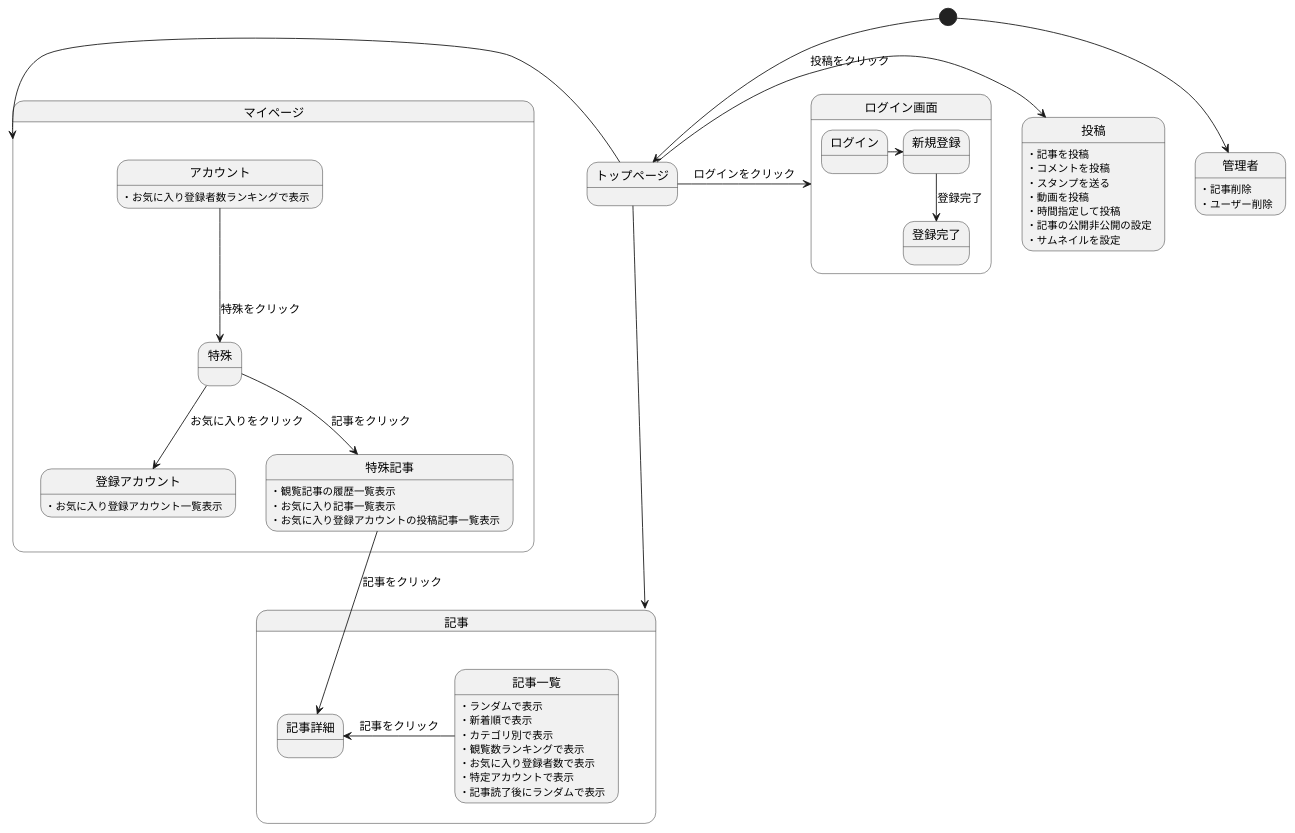
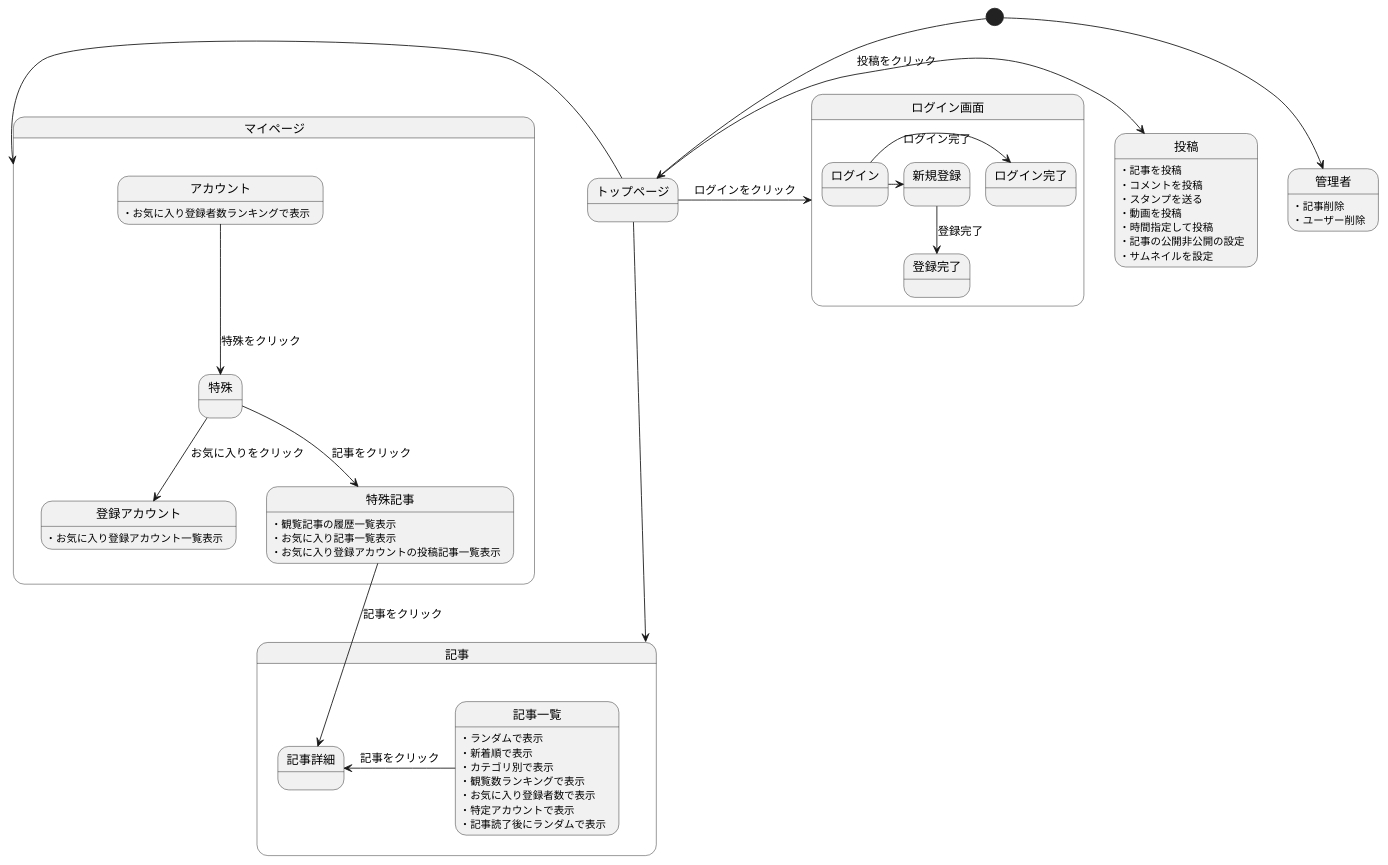
The diagram in 後期画面遷移.md (Aso2001001/2022System), drawn with PlantUML before and after one commit.

````diff
--- a/後期画面遷移.md
+++ b/後期画面遷移.md
@@ -1,64 +1,64 @@
 ```uml
 @startuml
 [*] --> トップページ
 
 
 トップページ -down-> 記事
 トップページ -left-> マイページ
 トップページ -> 投稿 : 投稿をクリック
 投稿:・記事を投稿
 投稿:・コメントを投稿
 投稿:・スタンプを送る
 投稿:・動画を投稿
 投稿:・時間指定して投稿
 投稿:・記事の公開非公開の設定
 投稿:・サムネイルを設定
 
 トップページ -> ログイン画面 : ログインをクリック
 
 
 state ログイン画面{
-
+ログイン -> ログイン完了 : ログイン完了
 ログイン -> 新規登録
 新規登録 -down-> 登録完了 : 登録完了
 }
 
 
 state 記事{
 記事一覧 -left-> 記事詳細 : 記事をクリック
 
 
 記事一覧:・ランダムで表示
 記事一覧:・新着順で表示
 記事一覧:・カテゴリ別で表示
 記事一覧:・観覧数ランキングで表示
 記事一覧:・お気に入り登録者数で表示
 記事一覧:・特定アカウントで表示
 記事一覧:・記事読了後にランダムで表示
 
 }
 
 state マイページ{
 
 アカウント -down-> 特殊 : 特殊をクリック
 特殊 -down-> 登録アカウント :お気に入りをクリック
 特殊 -down-> 特殊記事 :記事をクリック
 特殊記事 -down-> 記事詳細 :記事をクリック
 
 アカウント:・お気に入り登録者数ランキングで表示
 
 特殊記事:・観覧記事の履歴一覧表示
 特殊記事:・お気に入り記事一覧表示
 登録アカウント:・お気に入り登録アカウント一覧表示
 特殊記事:・お気に入り登録アカウントの投稿記事一覧表示
 
 }
 
 
 [*] --> 管理者
 管理者:・記事削除
 管理者:・ユーザー削除
 
 
 @enduml
 ```
````
